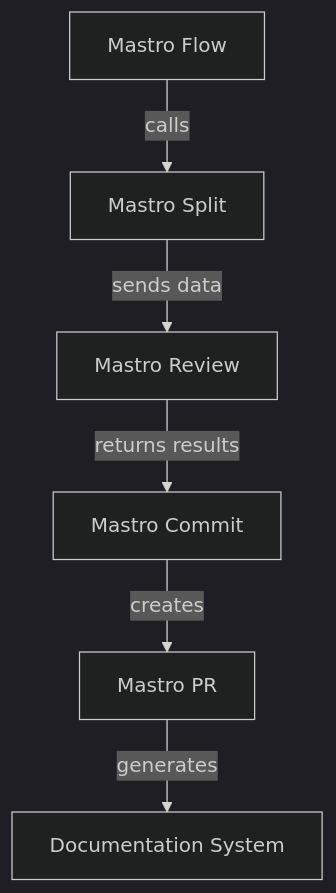
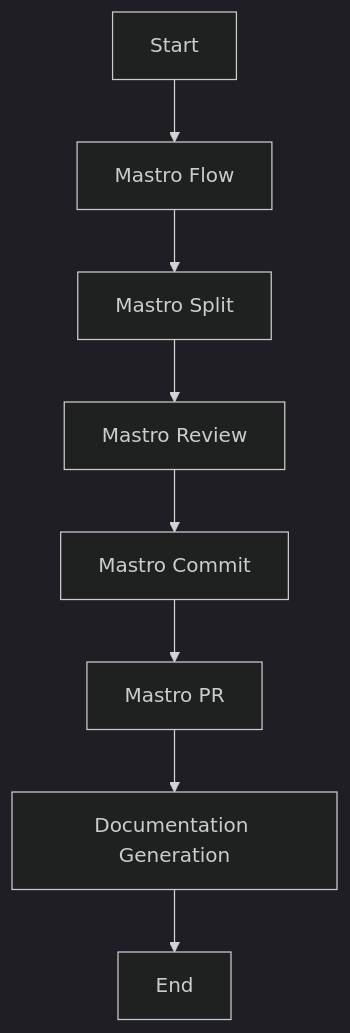
One commit to geogoesbeepboop/refiner changed the second of 3 diagrams in docs/architecture.md. Above: the diagram before and after it, drawn with Mermaid (dark theme). The commit also changed other lines of this file and 9 other files, not shown here.

````diff
--- a/docs/architecture.md
+++ b/docs/architecture.md
@@ -133,8 +133,10 @@
 ```mermaid
-graph TD;
-    A[Mastro Flow] -->|calls| B[Mastro Split];
-    B -->|sends data| C[Mastro Review];
-    C -->|returns results| D[Mastro Commit];
-    D -->|creates| E[Mastro PR];
-    E -->|generates| F[Documentation System];
+flowchart TD
+    A[Start] --> B[Mastro Flow]
+    B --> C[Mastro Split]
+    C --> D[Mastro Review]
+    D --> E[Mastro Commit]
+    E --> F[Mastro PR]
+    F --> G[Documentation Generation]
+    G --> H[End]
 ```
````
